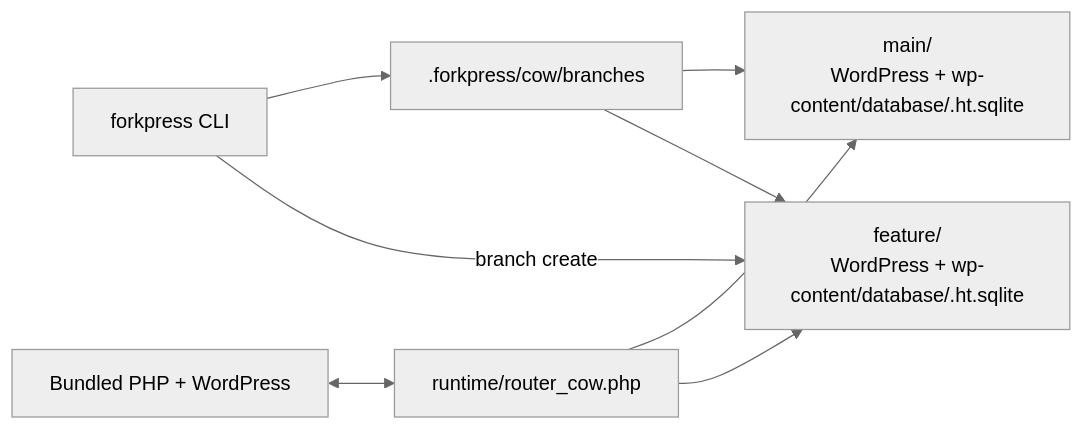
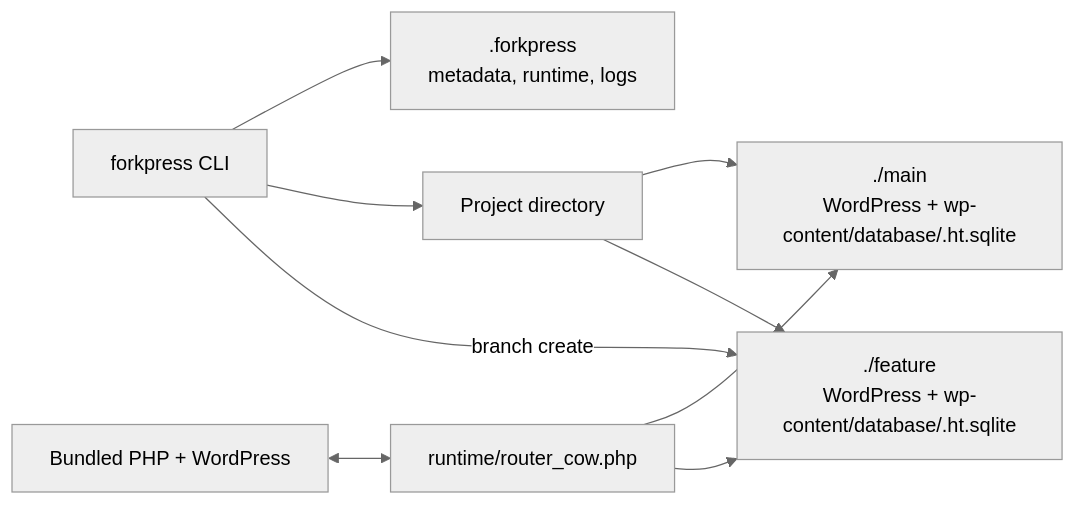
Before and after one commit to Automattic/forkpress: the second of 7 diagrams in README.md, drawn with Mermaid (neutral theme). The commit also changed other lines of this file and 3 other files, not shown here.

Commit message:
Move cow branches beside forkpress state

````diff
--- a/README.md
+++ b/README.md
@@ -350,17 +354,19 @@
 ```mermaid
 flowchart LR
     cli[forkpress CLI]
-    branches[.forkpress/cow/branches]
-    main[main/<br/>WordPress + wp-content/database/.ht.sqlite]
-    feature[feature/<br/>WordPress + wp-content/database/.ht.sqlite]
+    project[Project directory]
+    state[.forkpress<br/>metadata, runtime, logs]
+    main[./main<br/>WordPress + wp-content/database/.ht.sqlite]
+    feature[./feature<br/>WordPress + wp-content/database/.ht.sqlite]
     router[runtime/router_cow.php]
     php[Bundled PHP + WordPress]
 
-    cli --> branches
-    branches --> main
-    branches --> feature
+    cli --> state
+    cli --> project
+    project --> main
+    project --> feature
     cli -- branch create --> feature
     router --> main
     router --> feature
     php <--> router
 ```
````
